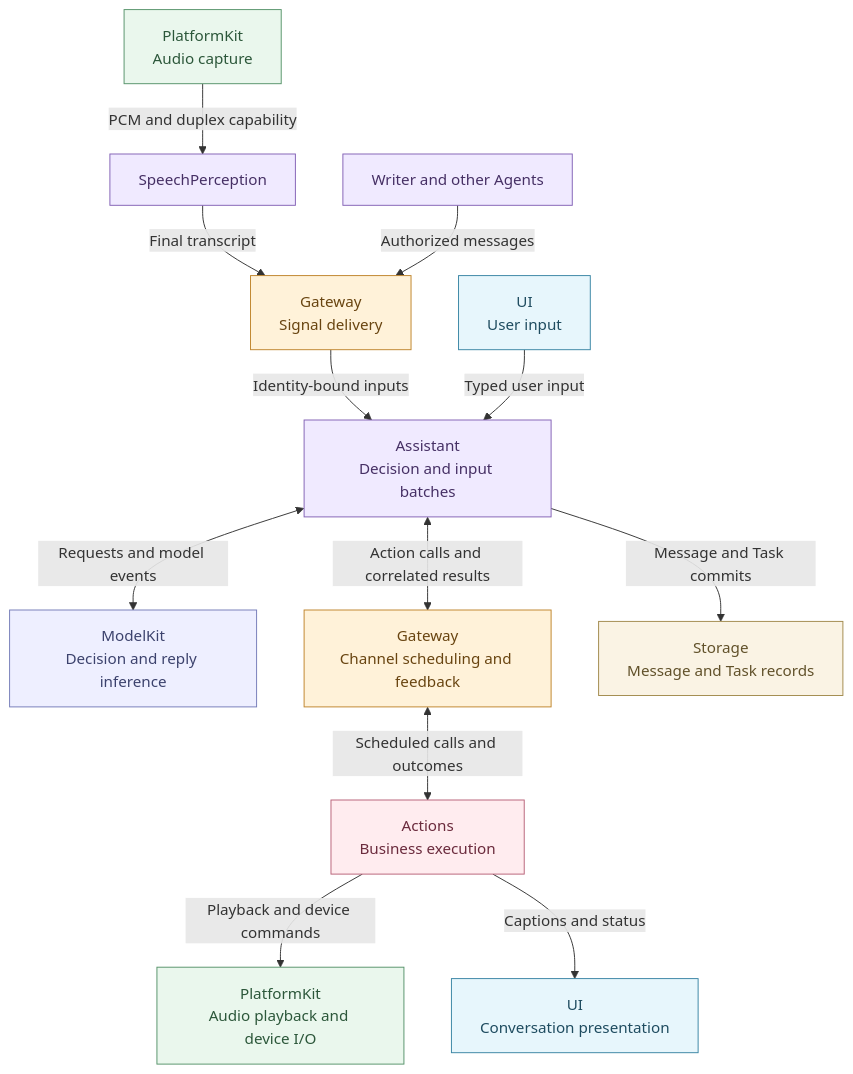
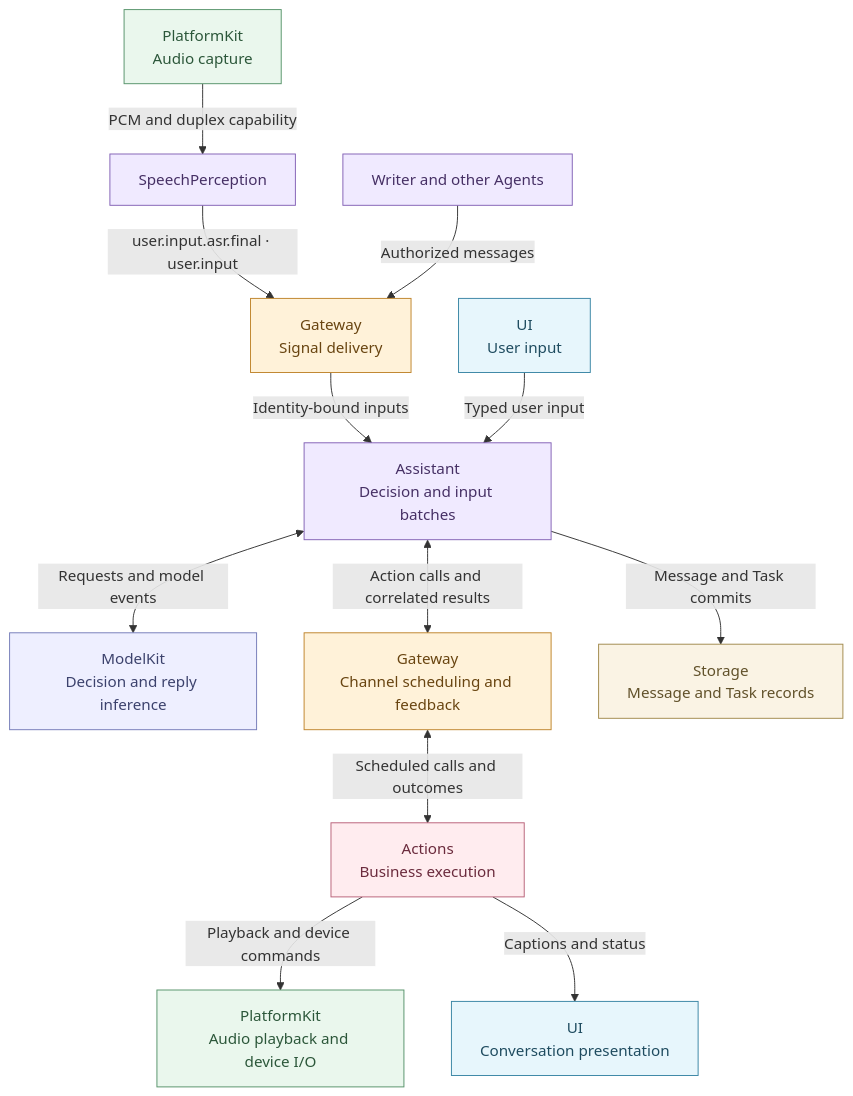
Diagram 18 of 27 in MobileHarness/README.md (devilyouwei/MobileHarness), drawn with Mermaid before and after one commit. The commit also changed other lines of this file and 152 other files, not shown here.

````diff
--- a/MobileHarness/README.md
+++ b/MobileHarness/README.md
@@ -1101,33 +1101,33 @@
 ```mermaid
 flowchart TB
     Capture["PlatformKit<br/>Audio capture"]:::platform
     Speech["SpeechPerception"]:::agent
     Peers["Writer and other Agents"]:::agent
     Input["UI<br/>User input"]:::ui
     Signals["Gateway<br/>Signal delivery"]:::gateway
     Assistant["Assistant<br/>Decision and input batches"]:::agent
     Models["ModelKit<br/>Decision and reply inference"]:::model
     Execution["Gateway<br/>Channel scheduling and feedback"]:::gateway
     Effects["Actions<br/>Business execution"]:::action
     Device["PlatformKit<br/>Audio playback and device I/O"]:::platform
     Presentation["UI<br/>Conversation presentation"]:::ui
     Records["Storage<br/>Message and Task records"]:::storage
     Capture -->|"PCM and duplex capability"| Speech
-    Speech -->|"Final transcript"| Signals
+    Speech -->|"user.input.asr.final · user.input"| Signals
     Peers -->|"Authorized messages"| Signals
     Signals -->|"Identity-bound inputs"| Assistant
     Input -->|"Typed user input"| Assistant
     Assistant <-->|"Requests and model events"| Models
     Assistant <-->|"Action calls and correlated results"| Execution
     Execution <-->|"Scheduled calls and outcomes"| Effects
     Effects -->|"Playback and device commands"| Device
     Effects -->|"Captions and status"| Presentation
     Assistant -->|"Message and Task commits"| Records
     classDef agent fill:#f0eaff,stroke:#8261b5,color:#463065
     classDef gateway fill:#fff2d9,stroke:#bf842c,color:#694511
     classDef action fill:#ffecef,stroke:#b86178,color:#6b2b3d
     classDef ui fill:#e7f6fc,stroke:#3985a4,color:#1f4c60
     classDef platform fill:#eaf7ed,stroke:#56936a,color:#2c573a
     classDef model fill:#eeefff,stroke:#747bb8,color:#3c426d
     classDef storage fill:#faf3e4,stroke:#a18a4c,color:#61512a
 ```
````
